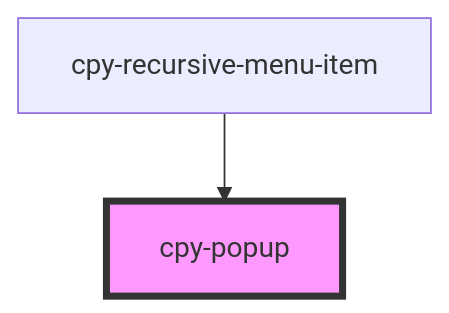
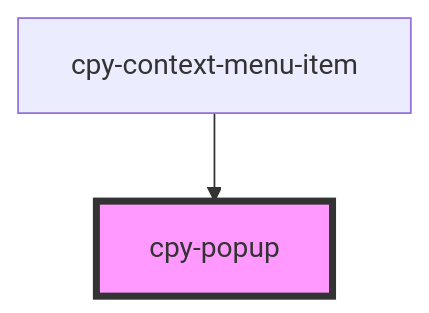
Before and after one commit to Lith1um/Canopy-Stencil: the diagram in stencil-lib/src/components/popup/readme.md, drawn with Mermaid. The commit also changed other lines of this file and 34 other files, not shown here.

Commit message:
rename recursive menu to context and update docs

````diff
--- a/stencil-lib/src/components/popup/readme.md
+++ b/stencil-lib/src/components/popup/readme.md
@@ -23,5 +23,5 @@
 ```mermaid
 graph TD;
-  cpy-recursive-menu-item --> cpy-popup
+  cpy-context-menu-item --> cpy-popup
   style cpy-popup fill:#f9f,stroke:#333,stroke-width:4px
 ```
````
